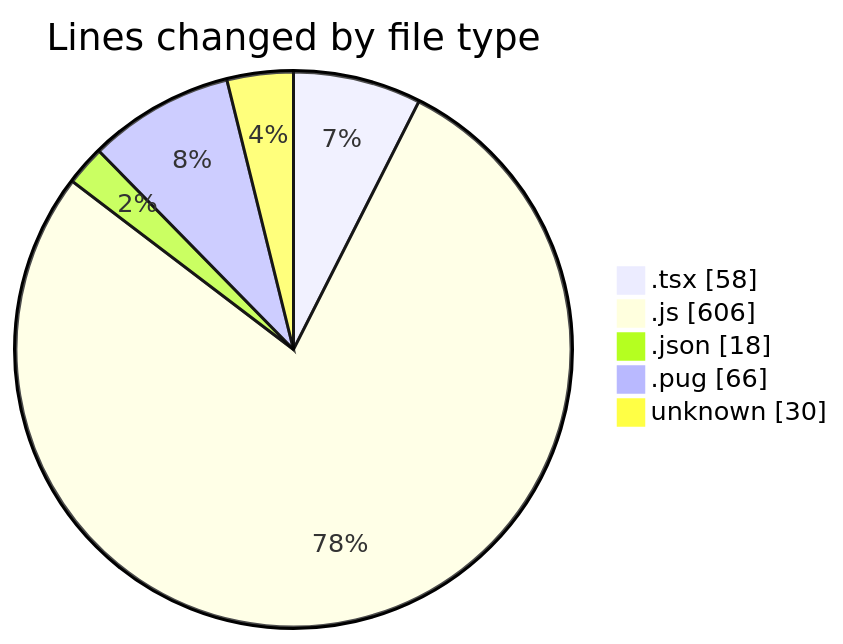
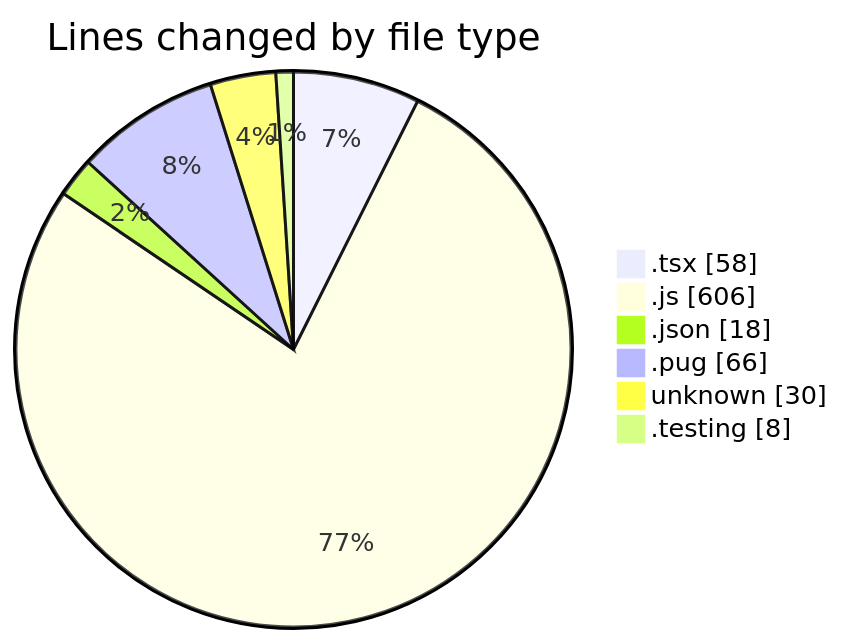
Before and after one commit to momahboobian/code-tracking: the first of 2 diagrams in 2025-03-07/cda/README.md, drawn with Mermaid. The commit also changed other lines of this file and 1 other file, not shown here.

````diff
--- a/2025-03-07/cda/README.md
+++ b/2025-03-07/cda/README.md
@@ -25,9 +26,10 @@
 ```mermaid
 pie showData
 title Lines changed by file type
 ".tsx" : 58
 ".js" : 606
 ".json" : 18
 ".pug" : 66
 "unknown" : 30
+".testing" : 8
 ```
````
